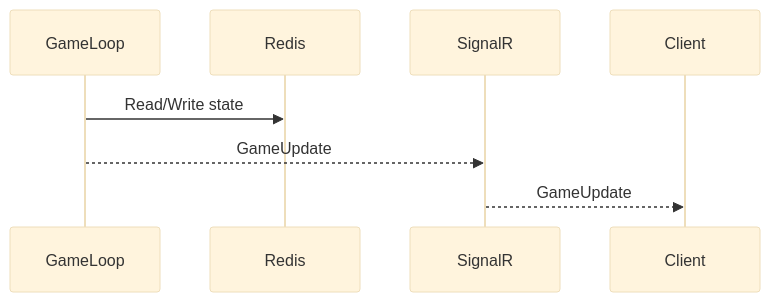
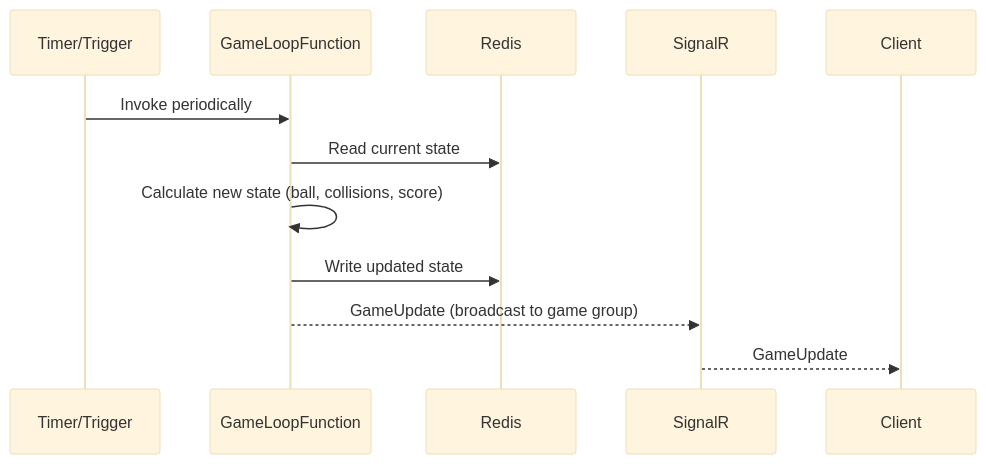
One commit to rmoreirao/AzureOnlinePongGame changed the fourth of 5 diagrams in SYSTEM_DESIGN.md. Above: the diagram before and after it, drawn with Mermaid (base theme). The commit also changed other lines of this file and 9 other files, not shown here.

````diff
--- a/SYSTEM_DESIGN.md
+++ b/SYSTEM_DESIGN.md
@@ -155,10 +162,14 @@
 ```mermaid
 sequenceDiagram
-    participant GameLoop
+    participant Timer/Trigger
+    participant GameLoopFunction
     participant Redis
     participant SignalR
     participant Client
-    GameLoop->>Redis: Read/Write state
-    GameLoop-->>SignalR: GameUpdate
+    Timer/Trigger->>GameLoopFunction: Invoke periodically
+    GameLoopFunction->>Redis: Read current state
+    GameLoopFunction->>GameLoopFunction: Calculate new state (ball, collisions, score)
+    GameLoopFunction->>Redis: Write updated state
+    GameLoopFunction-->>SignalR: GameUpdate (broadcast to game group)
     SignalR-->>Client: GameUpdate
 ```
````
